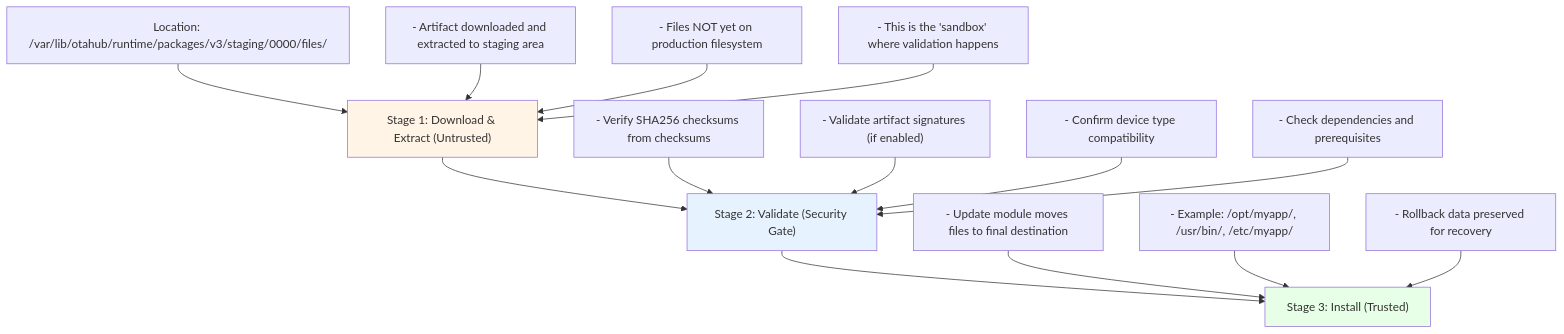
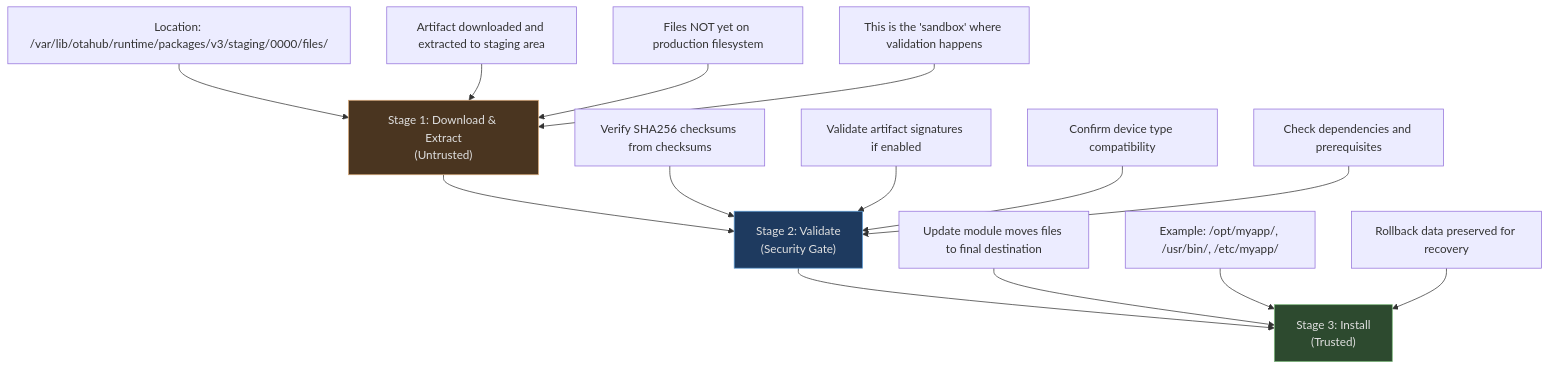
Before and after one commit to MindPatch/mindpatch.github.io: the diagram in content/posts/Path_Traversal_in_OTA.md, drawn with Mermaid. The commit also changed 41 other files, not shown here.

````diff
--- a/content/posts/Path_Traversal_in_OTA.md
+++ b/content/posts/Path_Traversal_in_OTA.md
@@ -71,23 +71,23 @@
 ```mermaid
 flowchart TD
-    A["Stage 1: Download & Extract (Untrusted)"] --> B["Stage 2: Validate (Security Gate)"]
-    B --> C["Stage 3: Install (Trusted)"]
-    
+    A["Stage 1: Download & Extract<br/>(Untrusted)"] --> B["Stage 2: Validate<br/>(Security Gate)"]
+    B --> C["Stage 3: Install<br/>(Trusted)"]
+
     A1["Location: /var/lib/otahub/runtime/packages/v3/staging/0000/files/"] --> A
-    A2["- Artifact downloaded and extracted to staging area"] --> A
-    A3["- Files NOT yet on production filesystem"] --> A
-    A4["- This is the 'sandbox' where validation happens"] --> A
-    
-    B1["- Verify SHA256 checksums from checksums"] --> B
-    B2["- Validate artifact signatures (if enabled)"] --> B
-    B3["- Confirm device type compatibility"] --> B
-    B4["- Check dependencies and prerequisites"] --> B
-    
-    C1["- Update module moves files to final destination"] --> C
-    C2["- Example: /opt/myapp/, /usr/bin/, /etc/myapp/"] --> C
-    C3["- Rollback data preserved for recovery"] --> C
-    
-    style A fill:#fff4e6
-    style B fill:#e6f3ff
-    style C fill:#e6ffe6
+    A2["Artifact downloaded and extracted to staging area"] --> A
+    A3["Files NOT yet on production filesystem"] --> A
+    A4["This is the 'sandbox' where validation happens"] --> A
+
+    B1["Verify SHA256 checksums from checksums"] --> B
+    B2["Validate artifact signatures if enabled"] --> B
+    B3["Confirm device type compatibility"] --> B
+    B4["Check dependencies and prerequisites"] --> B
+
+    C1["Update module moves files to final destination"] --> C
+    C2["Example: /opt/myapp/, /usr/bin/, /etc/myapp/"] --> C
+    C3["Rollback data preserved for recovery"] --> C
+
+    style A fill:#4a3520,stroke:#d4a574,color:#e0e0e0
+    style B fill:#1e3a5f,stroke:#5b9bd5,color:#e0e0e0
+    style C fill:#2d4a2f,stroke:#7cb97c,color:#e0e0e0
 ```
````
